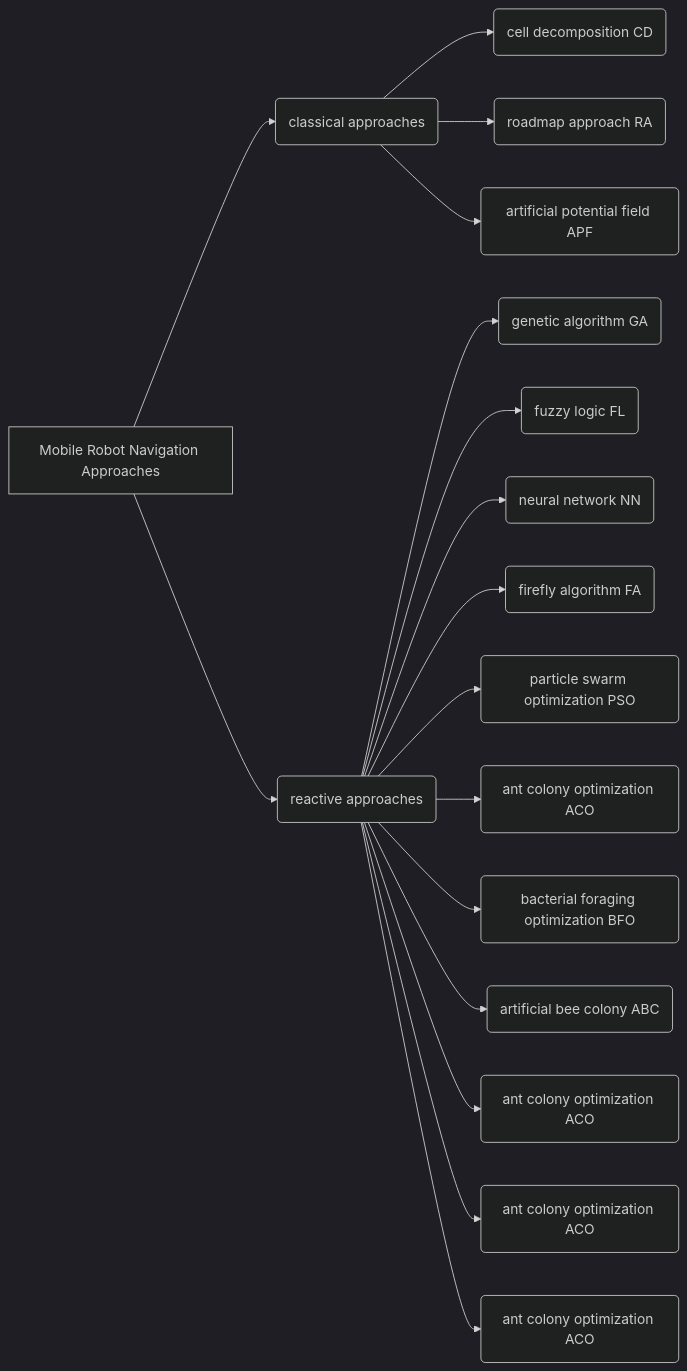
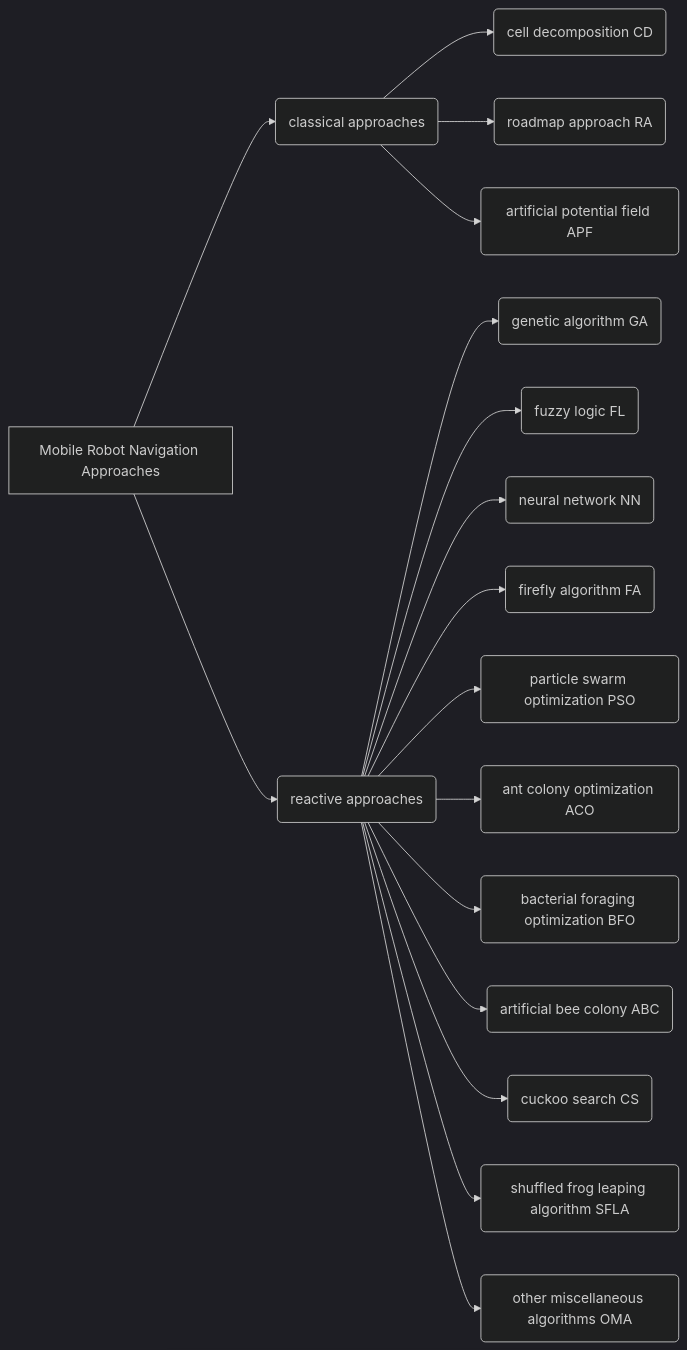
The diagram in 8、路径规划.md (yn-yn/Files), drawn with Mermaid (dark theme) before and after one commit. The commit also changed other lines of this file, not shown here.

Commit message:
8、路径规划.md updated from https://stackedit.cn/

````diff
--- a/8、路径规划.md
+++ b/8、路径规划.md
@@ -11,20 +11,20 @@
 ```mermaid
 graph LR
 A[Mobile Robot Navigation Approaches] --> B(classical approaches)
 A --> C(reactive approaches)
 B --> D(cell decomposition CD)
 B --> E(roadmap approach RA)
 B --> F(artificial potential field APF)
 C --> G(genetic algorithm GA)
 C --> H(fuzzy logic FL)
 C --> I(neural network NN)
 C --> J(firefly algorithm FA)
 C --> K(particle swarm optimization PSO)
 C --> L(ant colony optimization ACO)
 C --> M(bacterial foraging optimization BFO)
 C --> N(artificial bee colony ABC)
-C --> O(ant colony optimization ACO)
-C --> P(ant colony optimization ACO)
-C --> Q(ant colony optimization ACO)
+C --> O(cuckoo search CS)
+C --> P(shuffled frog leaping algorithm SFLA)
+C --> Q(other miscellaneous algorithms OMA)
 
 ```
````
